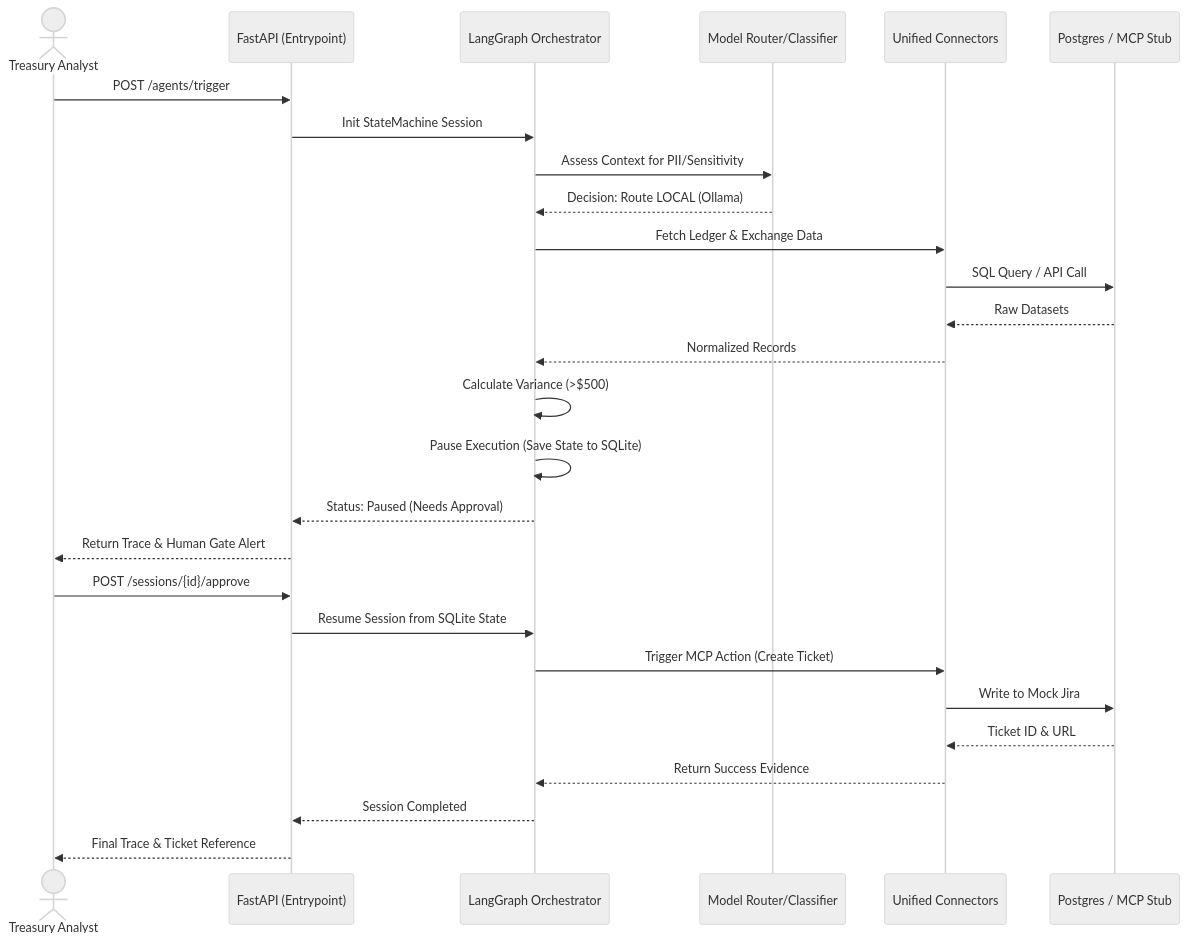
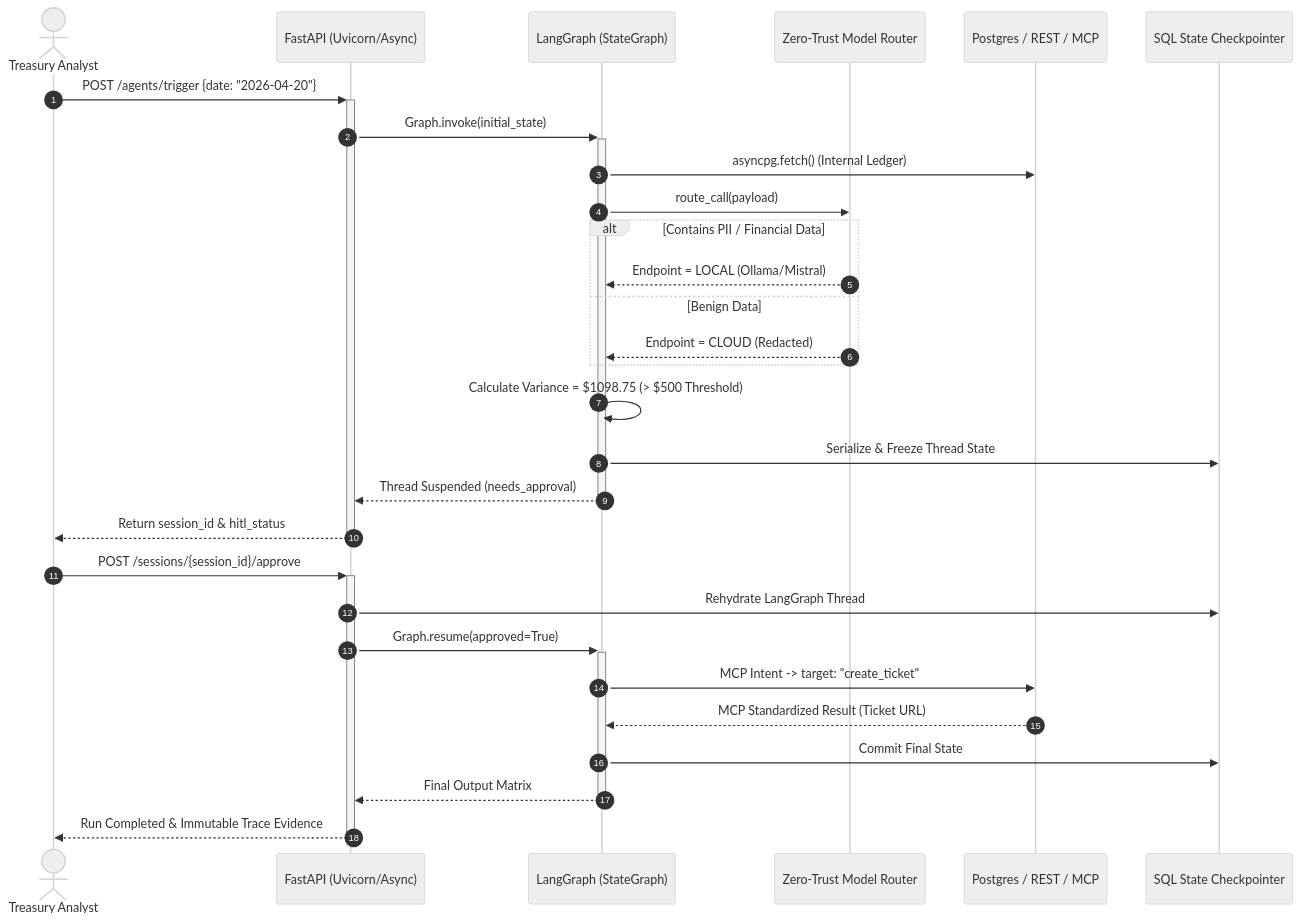
One commit to Aki0x137/ai-agent-platform-mvp changed the diagram in docs/architecture_demo_pitch.md. Above: the diagram before and after it, drawn with Mermaid (neutral theme). The commit also changed other lines of this file, not shown here.

Commit message:
docs: update architecture demo pitch with high-level technical emphasis on statefulness, LangGraph, Ollama, and MCP to build excitement

````diff
--- a/docs/architecture_demo_pitch.md
+++ b/docs/architecture_demo_pitch.md
@@ -38,37 +28,38 @@
 ```mermaid
 sequenceDiagram
+    autonumber
     actor User as Treasury Analyst
-    participant API as FastAPI (Entrypoint)
-    participant Graph as LangGraph Orchestrator
-    participant Router as Model Router/Classifier
-    participant Connectors as Unified Connectors
-    participant Ext as Postgres / MCP Stub
+    participant API as FastAPI (Uvicorn/Async)
+    participant Graph as LangGraph (StateGraph)
+    participant Router as Zero-Trust Model Router
+    participant DB as Postgres / REST / MCP
+    participant Mem as SQL State Checkpointer
 
-    %% Step 1: Trigger & Route
-    User->>API: POST /agents/trigger
-    API->>Graph: Init StateMachine Session
-    Graph->>Router: Assess Context for PII/Sensitivity
-    Router-->>Graph: Decision: Route LOCAL (Ollama)
+    %% Execution & Routing
+    User->>+API: POST /agents/trigger {date: "2026-04-20"}
+    API->>+Graph: Graph.invoke(initial_state)
+    Graph->>DB: asyncpg.fetch() (Internal Ledger)
+    Graph->>Router: route_call(payload)
     
-    %% Step 2: Data & Reconcile
-    Graph->>Connectors: Fetch Ledger & Exchange Data
-    Connectors->>Ext: SQL Query / API Call
-    Ext-->>Connectors: Raw Datasets
-    Connectors-->>Graph: Normalized Records
-    Graph->>Graph: Calculate Variance (>$500)
+    alt Contains PII / Financial Data
+        Router-->>Graph: Endpoint = LOCAL (Ollama/Mistral)
+    else Benign Data
+        Router-->>Graph: Endpoint = CLOUD (Redacted)
+    end
     
-    %% Step 3: Human Gate
-    Graph->>Graph: Pause Execution (Save State to SQLite)
-    Graph-->>API: Status: Paused (Needs Approval)
-    API-->>User: Return Trace & Human Gate Alert
+    %% Gate & Suspension
+    Graph->>Graph: Calculate Variance = $1098.75 (> $500 Threshold)
+    Graph->>Mem: Serialize & Freeze Thread State
+    Graph-->>-API: Thread Suspended (needs_approval)
+    API-->>-User: Return session_id & hitl_status
 
-    %% Step 4: Human-in-the-loop Resume
-    User->>API: POST /sessions/{id}/approve
-    API->>Graph: Resume Session from SQLite State
-    Graph->>Connectors: Trigger MCP Action (Create Ticket)
-    Connectors->>Ext: Write to Mock Jira
-    Ext-->>Connectors: Ticket ID & URL
-    Connectors-->>Graph: Return Success Evidence
-    Graph-->>API: Session Completed
-    API-->>User: Final Trace & Ticket Reference
+    %% Resumption & Standardized Output
+    User->>+API: POST /sessions/{session_id}/approve
+    API->>Mem: Rehydrate LangGraph Thread
+    API->>+Graph: Graph.resume(approved=True)
+    Graph->>DB: MCP Intent -> target: "create_ticket"
+    DB-->>Graph: MCP Standardized Result (Ticket URL)
+    Graph->>Mem: Commit Final State
+    Graph-->>-API: Final Output Matrix
+    API-->>-User: Run Completed & Immutable Trace Evidence
 ```
````
